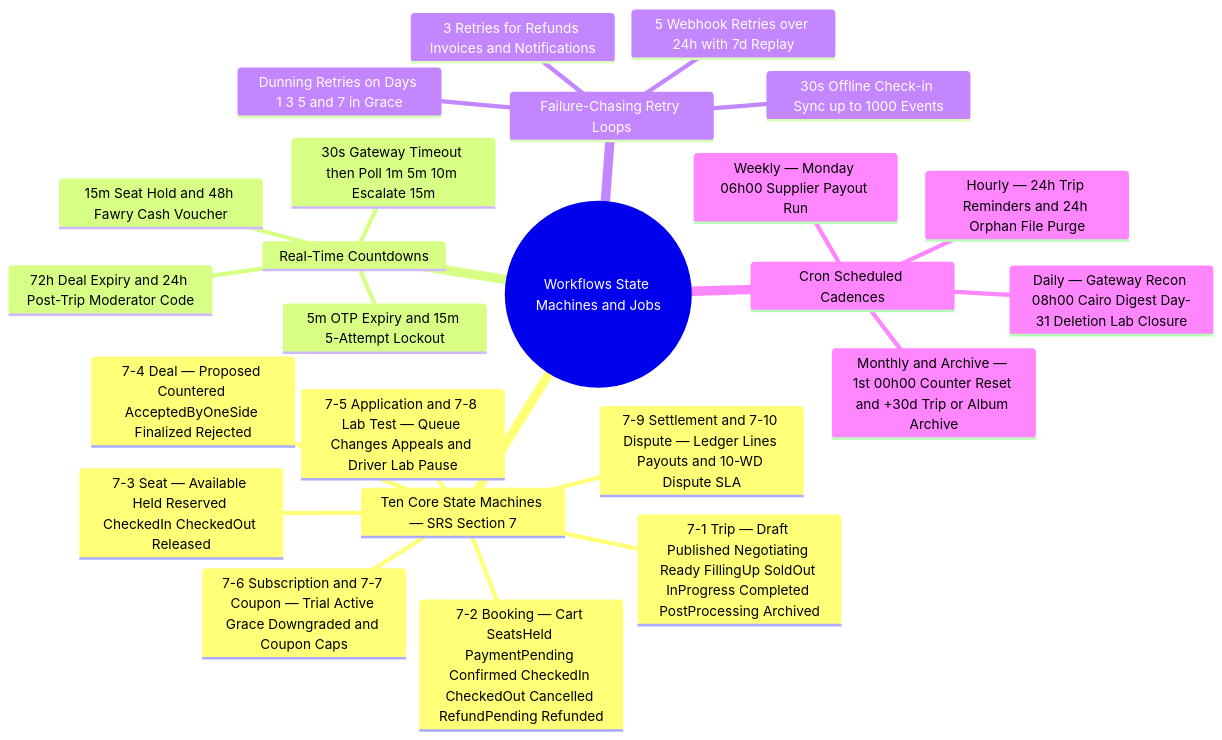
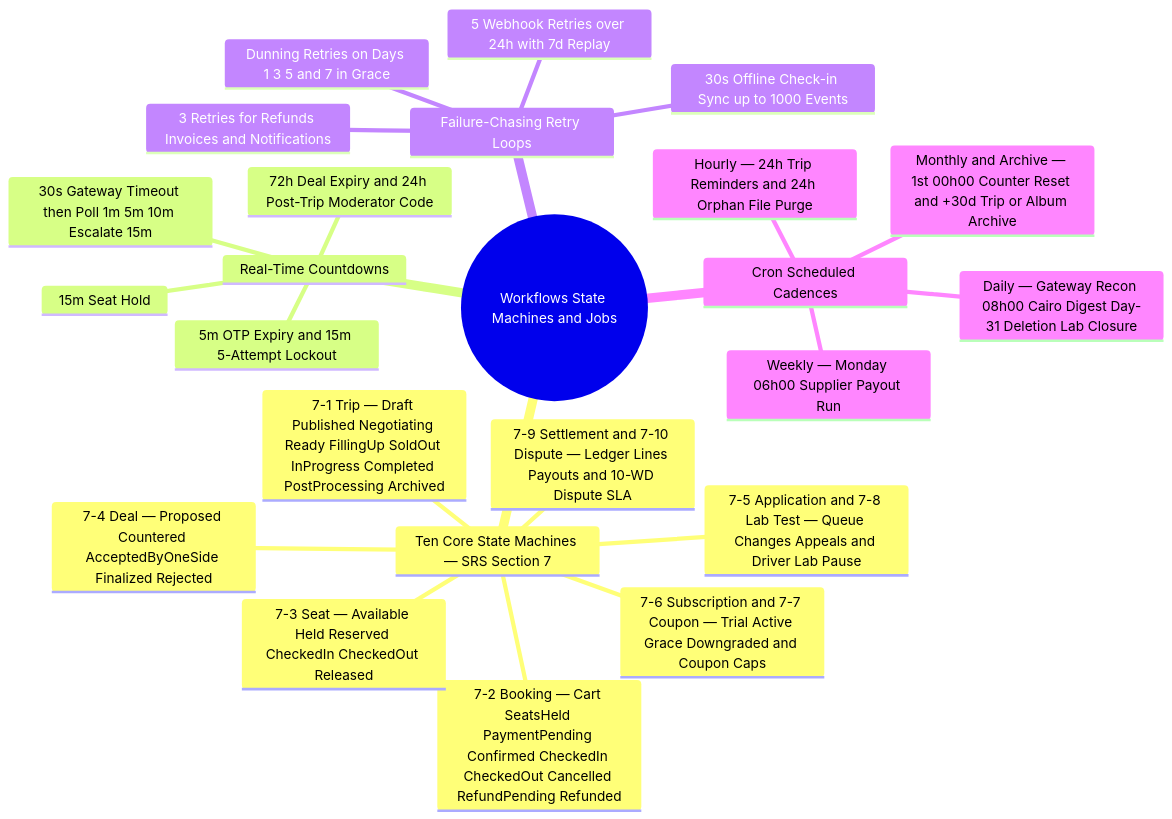
Before and after one commit to mohamedhabibwork/trips-enjoy-docs: the fifth of 7 diagrams in content/docs/system/mindmaps.mdx, drawn with Mermaid. The commit also changed other lines of this file and 117 other files, not shown here.

````diff
--- a/content/docs/system/mindmaps.mdx
+++ b/content/docs/system/mindmaps.mdx
@@ -359,27 +359,27 @@
 ```mermaid
 mindmap
   root(("Workflows State Machines and Jobs"))
     Ten Core State Machines — SRS Section 7
       7-1 Trip — Draft Published Negotiating Ready FillingUp SoldOut InProgress Completed PostProcessing Archived
       7-2 Booking — Cart SeatsHeld PaymentPending Confirmed CheckedIn CheckedOut Cancelled RefundPending Refunded
       7-3 Seat — Available Held Reserved CheckedIn CheckedOut Released
       7-4 Deal — Proposed Countered AcceptedByOneSide Finalized Rejected
       7-5 Application and 7-8 Lab Test — Queue Changes Appeals and Driver Lab Pause
       7-6 Subscription and 7-7 Coupon — Trial Active Grace Downgraded and Coupon Caps
       7-9 Settlement and 7-10 Dispute — Ledger Lines Payouts and 10-WD Dispute SLA
     Real-Time Countdowns
-      15m Seat Hold and 48h Fawry Cash Voucher
+      15m Seat Hold
       30s Gateway Timeout then Poll 1m 5m 10m Escalate 15m
       5m OTP Expiry and 15m 5-Attempt Lockout
       72h Deal Expiry and 24h Post-Trip Moderator Code
     Failure-Chasing Retry Loops
       Dunning Retries on Days 1 3 5 and 7 in Grace
       3 Retries for Refunds Invoices and Notifications
       5 Webhook Retries over 24h with 7d Replay
       30s Offline Check-in Sync up to 1000 Events
     Cron Scheduled Cadences
       Hourly — 24h Trip Reminders and 24h Orphan File Purge
       Daily — Gateway Recon 08h00 Cairo Digest Day-31 Deletion Lab Closure
       Weekly — Monday 06h00 Supplier Payout Run
       Monthly and Archive — 1st 00h00 Counter Reset and +30d Trip or Album Archive
 ```
````
